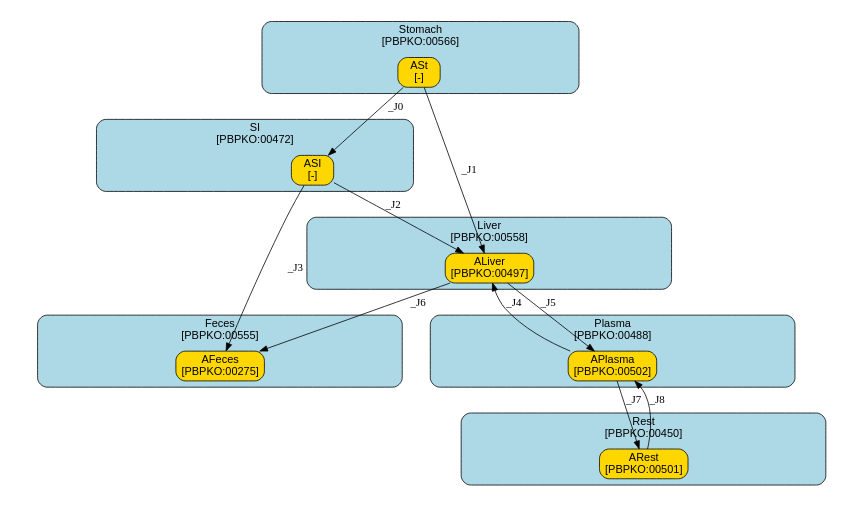
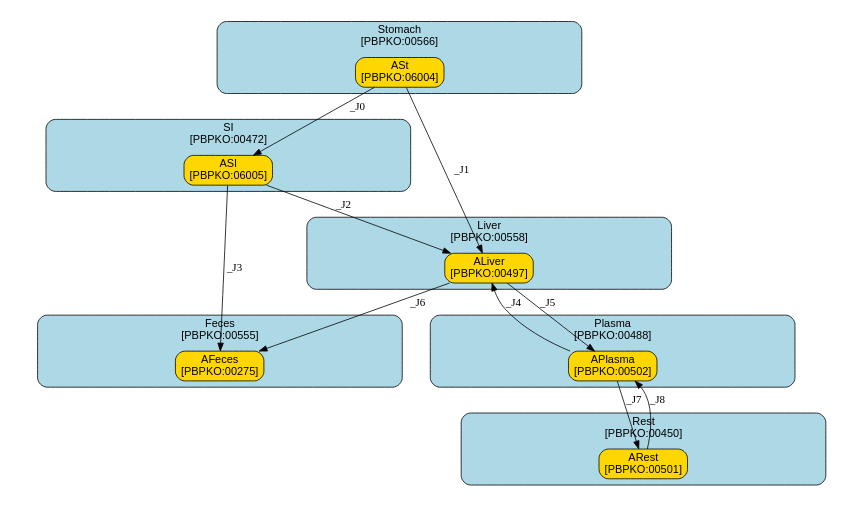
One commit to fair-pbk/exposure-route-pbk-models changed the diagram in models/oral/PFAS/Worley/summary.dot. Above: the diagram before and after it, drawn with Graphviz. The commit also changed 29 other files, not shown here.

```diff
--- a/models/oral/PFAS/Worley/summary.dot
+++ b/models/oral/PFAS/Worley/summary.dot
@@ -1,123 +1,123 @@
 digraph {
 	graph [ratio=fill,
 		size="7,4"
 	];
 	node [fontname=Arial];
 	subgraph cluster_Stomach {
 		graph [color=black,
 			fillcolor=lightblue,
 			fontname=Arial,
 			href="#compartment-Stomach",
 			label="Stomach
 [PBPKO:00566]",
 			shape=box,
 			style="filled,rounded"
 		];
 		ASt	[color=black,
 			fillcolor=gold,
 			href="#species-ASt",
 			label="ASt
-[-]",
+[PBPKO:06004]",
 			shape=box,
 			style="filled,rounded"];
 	}
 	subgraph cluster_SI {
 		graph [color=black,
 			fillcolor=lightblue,
 			fontname=Arial,
 			href="#compartment-SI",
 			label="SI
 [PBPKO:00472]",
 			shape=box,
 			style="filled,rounded"
 		];
 		ASI	[color=black,
 			fillcolor=gold,
 			href="#species-ASI",
 			label="ASI
-[-]",
+[PBPKO:06005]",
 			shape=box,
 			style="filled,rounded"];
 	}
 	subgraph cluster_Liver {
 		graph [color=black,
 			fillcolor=lightblue,
 			fontname=Arial,
 			href="#compartment-Liver",
 			label="Liver
 [PBPKO:00558]",
 			shape=box,
 			style="filled,rounded"
 		];
 		ALiver	[color=black,
 			fillcolor=gold,
 			href="#species-ALiver",
 			label="ALiver
 [PBPKO:00497]",
 			shape=box,
 			style="filled,rounded"];
 	}
 	subgraph cluster_Plasma {
 		graph [color=black,
 			fillcolor=lightblue,
 			fontname=Arial,
 			href="#compartment-Plasma",
 			label="Plasma
 [PBPKO:00488]",
 			shape=box,
 			style="filled,rounded"
 		];
 		APlasma	[color=black,
 			fillcolor=gold,
 			href="#species-APlasma",
 			label="APlasma
 [PBPKO:00502]",
 			shape=box,
 			style="filled,rounded"];
 	}
 	subgraph cluster_Rest {
 		graph [color=black,
 			fillcolor=lightblue,
 			fontname=Arial,
 			href="#compartment-Rest",
 			label="Rest
 [PBPKO:00450]",
 			shape=box,
 			style="filled,rounded"
 		];
 		ARest	[color=black,
 			fillcolor=gold,
 			href="#species-ARest",
 			label="ARest
 [PBPKO:00501]",
 			shape=box,
 			style="filled,rounded"];
 	}
 	subgraph cluster_Feces {
 		graph [color=black,
 			fillcolor=lightblue,
 			fontname=Arial,
 			href="#compartment-Feces",
 			label="Feces
 [PBPKO:00555]",
 			shape=box,
 			style="filled,rounded"
 		];
 		AFeces	[color=black,
 			fillcolor=gold,
 			href="#species-AFeces",
 			label="AFeces
 [PBPKO:00275]",
 			shape=box,
 			style="filled,rounded"];
 	}
 	ASt -> ASI	[label=_J0];
 	ASt -> ALiver	[label=_J1];
 	ASI -> ALiver	[label=_J2];
 	ASI -> AFeces	[label=_J3];
 	ALiver -> APlasma	[label=_J5];
 	ALiver -> AFeces	[label=_J6];
 	APlasma -> ALiver	[label=_J4];
 	APlasma -> ARest	[label=_J7];
 	ARest -> APlasma	[label=_J8];
 }
```
